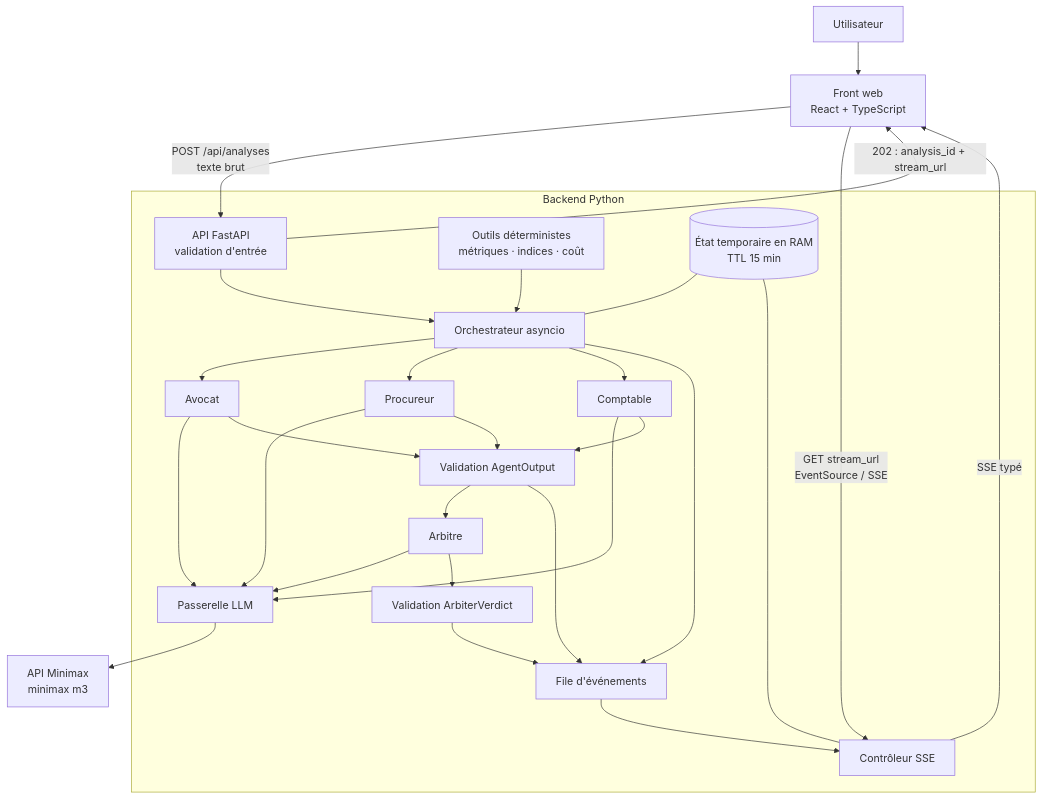
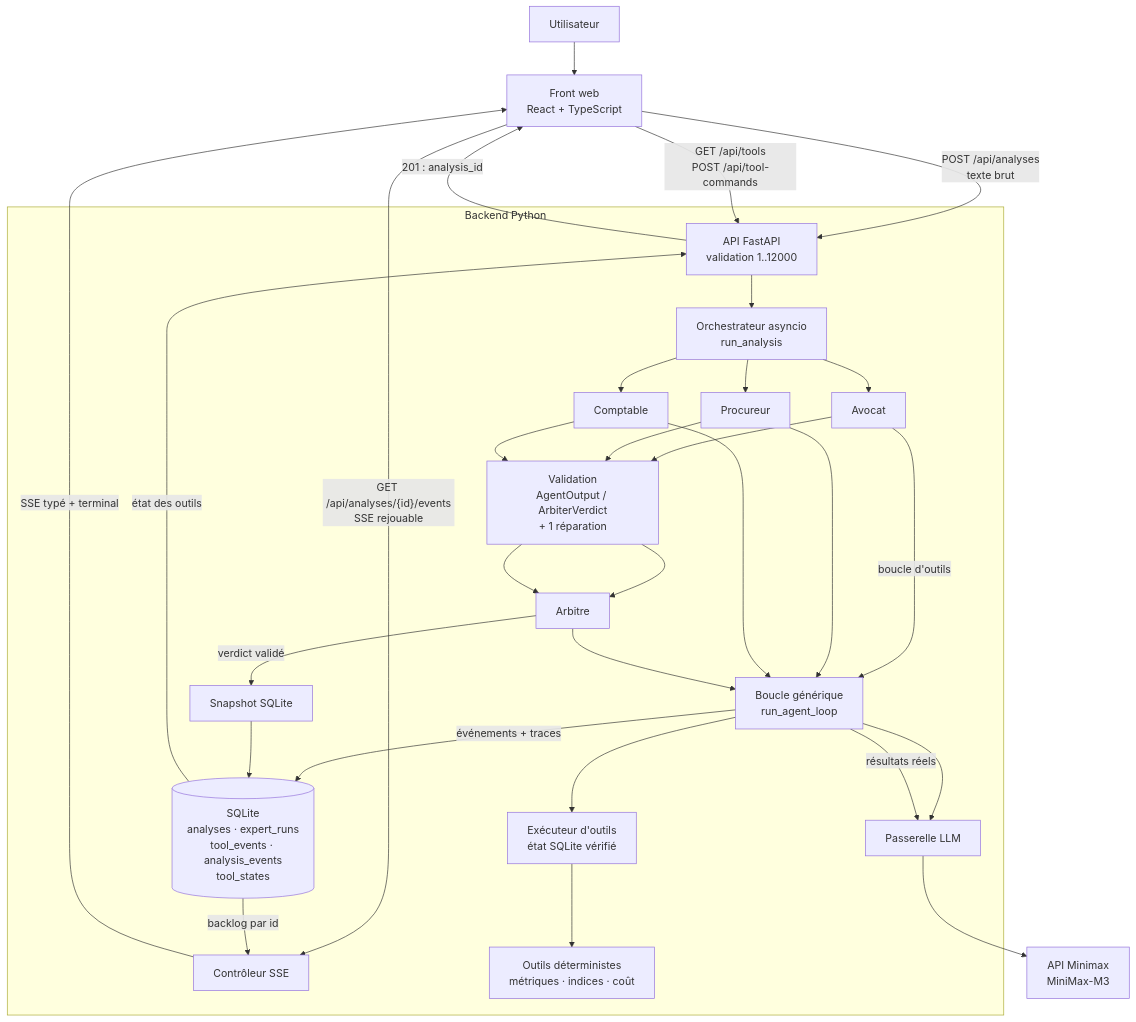
Before and after one commit to Rwanbt/Holbertonschool-conclave: the diagram in architecture.mmd, drawn with Mermaid. The commit also changed 4 other files, not shown here.

Commit message:
docs(p4): SPEC, OUTILS, AGENTS, architecture and journal

```diff
--- a/architecture.mmd
+++ b/architecture.mmd
@@ -1,31 +1,34 @@
 flowchart TD
     U["Utilisateur"] --> F["Front web<br/>React + TypeScript"]
-    F -->|"POST /api/analyses<br/>texte brut"| API["API FastAPI<br/>validation d'entrée"]
-    API -->|"202 : analysis_id + stream_url"| F
-    F -->|"GET stream_url<br/>EventSource / SSE"| SSE["Contrôleur SSE"]
+    F -->|"POST /api/analyses<br/>texte brut"| API["API FastAPI<br/>validation 1..12000"]
+    API -->|"201 : analysis_id"| F
+    F -->|"GET /api/analyses/{id}/events<br/>SSE rejouable"| SSE["Contrôleur SSE"]
+    F -->|"GET /api/tools<br/>POST /api/tool-commands"| API
 
     subgraph B["Backend Python"]
-        API --> O["Orchestrateur asyncio"]
+        API --> O["Orchestrateur asyncio<br/>run_analysis"]
         O --> A["Avocat"]
         O --> P["Procureur"]
         O --> C["Comptable"]
-        A --> G["Passerelle LLM"]
-        P --> G
-        C --> G
-        T["Outils déterministes<br/>métriques · indices · coût"] --> O
-        A --> V["Validation AgentOutput"]
-        P --> V
-        C --> V
-        V --> R["Arbitre"]
-        R --> G
-        R --> W["Validation ArbiterVerdict"]
-        O --> Q["File d'événements"]
-        V --> Q
-        W --> Q
-        Q --> SSE
-        M[("État temporaire en RAM<br/>TTL 15 min")] --- O
-        M --- SSE
+        A -->|"boucle d'outils"| LOOP["Boucle générique<br/>run_agent_loop"]
+        P --> LOOP
+        C --> LOOP
+        LOOP --> EX["Exécuteur d'outils<br/>état SQLite vérifié"]
+        EX --> T["Outils déterministes<br/>métriques · indices · coût"]
+        LOOP --> G["Passerelle LLM"]
+        VAL["Validation<br/>AgentOutput / ArbiterVerdict<br/>+ 1 réparation"] --> R["Arbitre"]
+        A --> VAL
+        P --> VAL
+        C --> VAL
+        VAL --> R
+        R --> LOOP
+        LOOP -->|"résultats réels"| G
+        R -->|"verdict validé"| SNAP["Snapshot SQLite"]
+        LOOP -->|"événements + traces"| DB[("SQLite<br/>analyses · expert_runs<br/>tool_events · analysis_events<br/>tool_states")]
+        SNAP --> DB
+        DB -->|"backlog par id"| SSE
+        DB -->|"état des outils"| API
     end
 
-    G --> X["API Minimax<br/>minimax m3"]
-    SSE -->|"SSE typé"| F
+    G --> X["API Minimax<br/>MiniMax-M3"]
+    SSE -->|"SSE typé + terminal"| F
```
